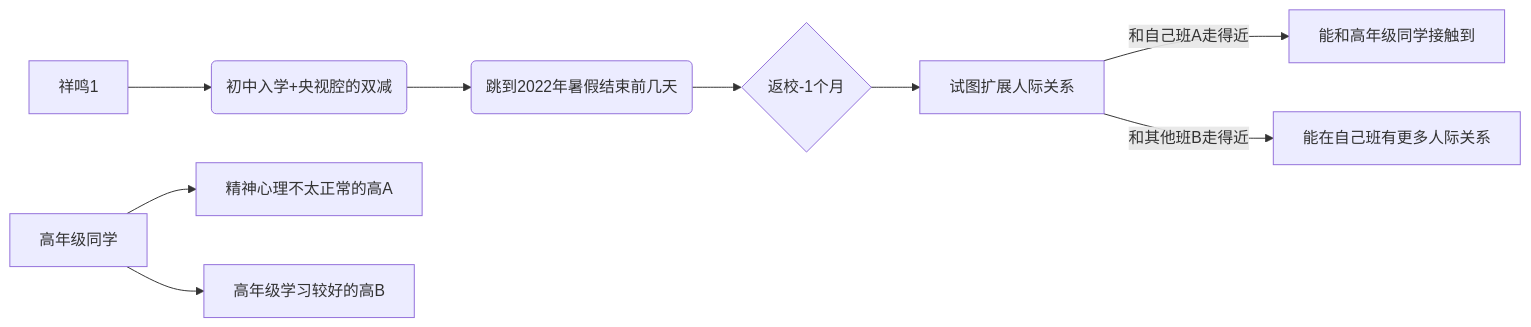
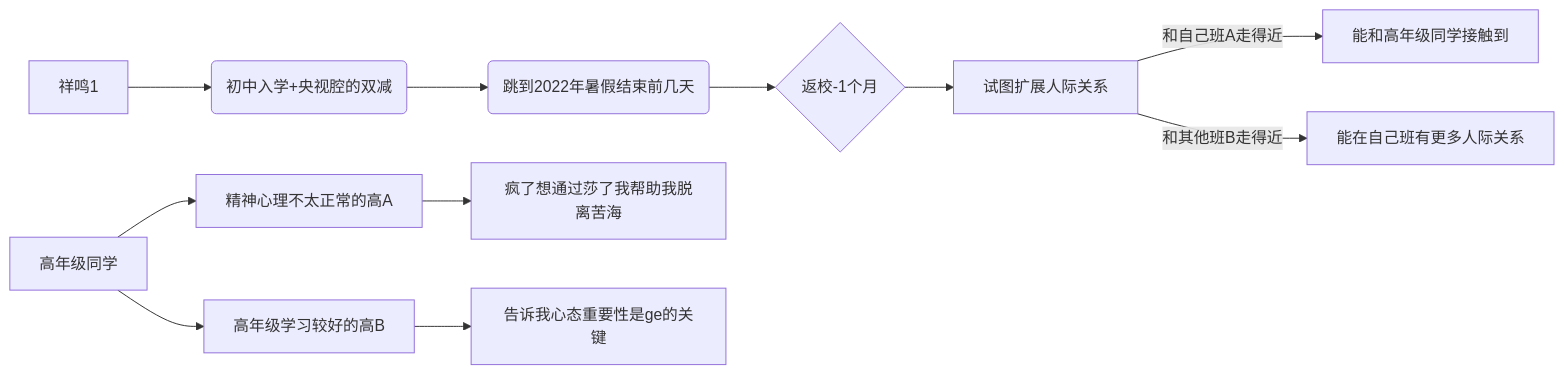
One commit to When-Xiangge-Cry/Story changed the diagram in 村民的想法堆/祥鸣Ⅰ专用/整体走向/大致想法.md. Above: the diagram before and after it, drawn with Mermaid.

````diff
--- a/村民的想法堆/祥鸣Ⅰ专用/整体走向/大致想法.md
+++ b/村民的想法堆/祥鸣Ⅰ专用/整体走向/大致想法.md
@@ -10,11 +10,13 @@
 ```mermaid
 graph LR
 A[祥鸣1] --> start(初中入学+央视腔的双减)
 	start --> 2022summer(跳到2022年暑假结束前几天)
 	2022summer --> beginschool{返校-1个月}
     beginschool --> makefriends[试图扩展人际关系]
     makefriends -->|和自己班A走得近| makefriendsA[能和高年级同学接触到]
     makefriends -->|和其他班B走得近| makefriendsB[能在自己班有更多人际关系]
-    高年级同学 --> 精神心理不太正常的高A
-    高年级同学 --> 高年级学习较好的高B
+    高年级同学 --> 精神心理不太正常的高A --> 疯了想通过莎了我帮助我脱离苦海
+    高年级同学 --> 高年级学习较好的高B --> 告诉我心态重要性是ge的关键
+    
+   
 ```
````
